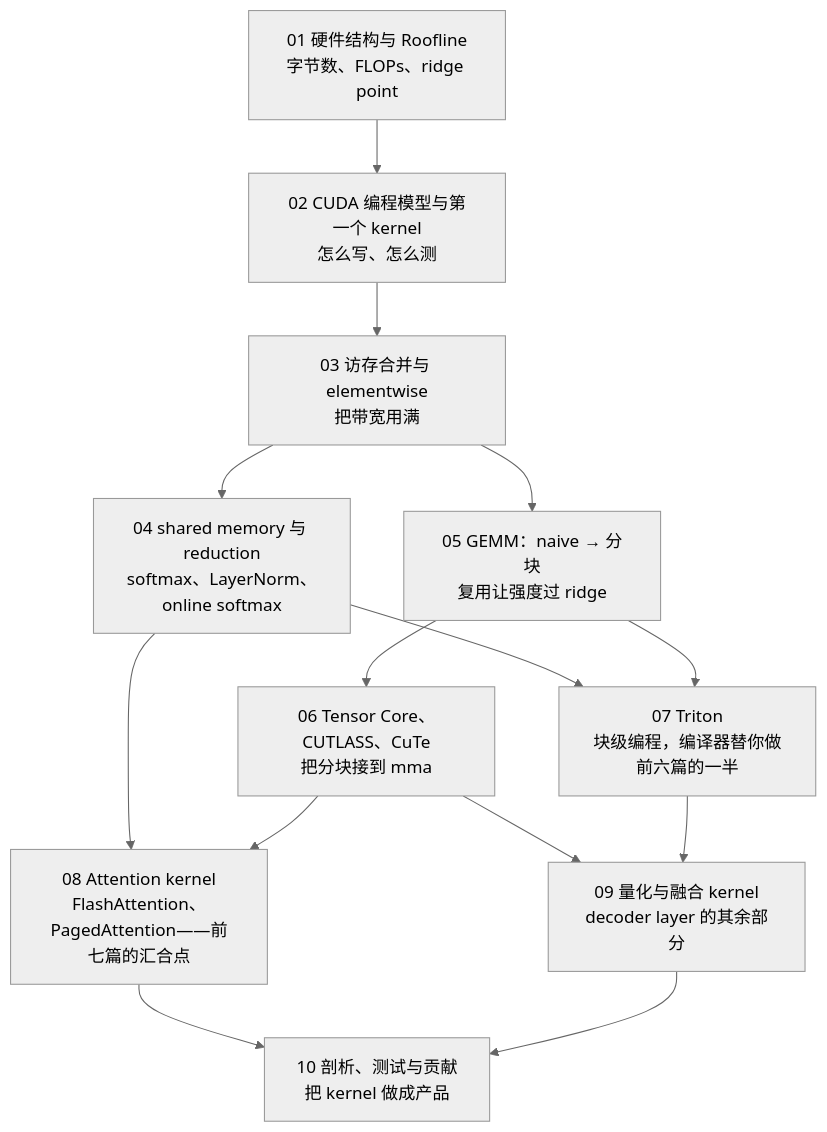
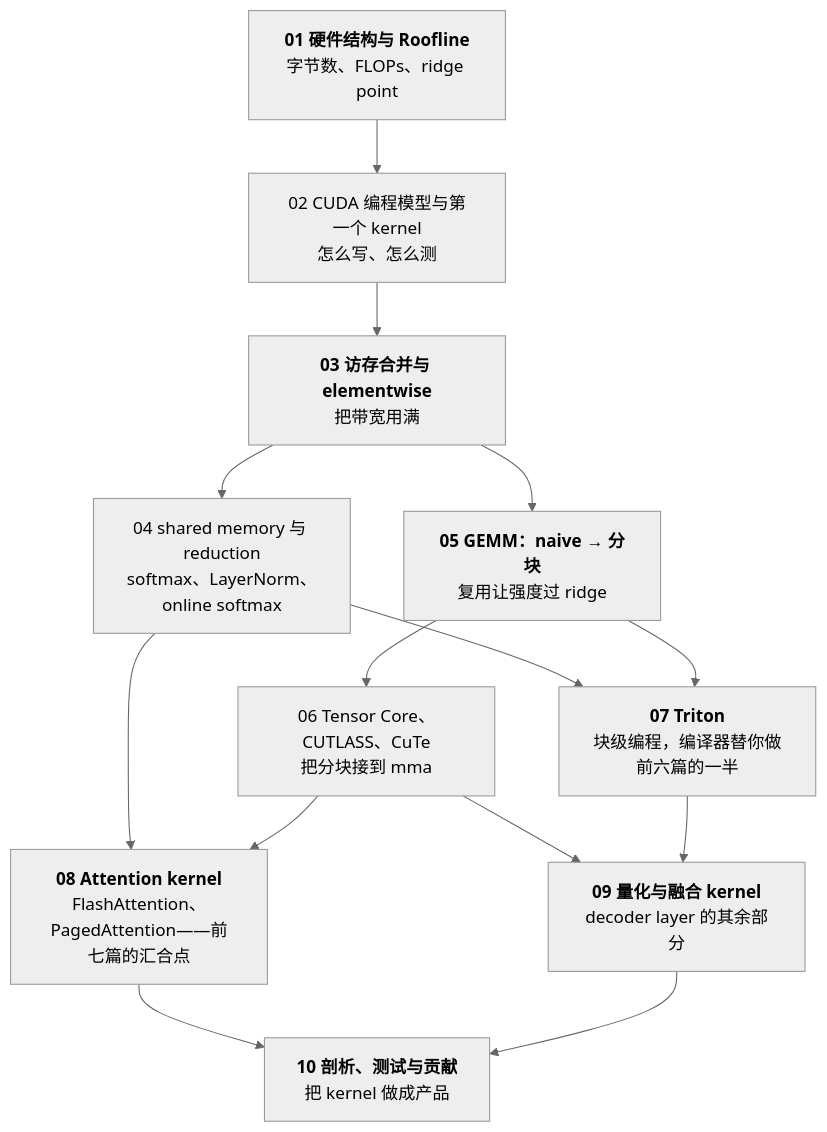
One commit to arganzheng/arganzheng.github.com changed the first of 2 diagrams in _posts/2026-05-20-gpu-kernel-engineering-series-recap-and-self-test.md. Above: the diagram before and after it, drawn with Mermaid (neutral theme). The commit also changed other lines of this file and 10 other files, not shown here.

First line of the commit message:
GPU Kernel 工程：从 CUDA 执行模型到 FlashAttention：Mermaid 多行方框的首行标为标题（11 篇）

````diff
--- a/_posts/2026-05-20-gpu-kernel-engineering-series-recap-and-self-test.md
+++ b/_posts/2026-05-20-gpu-kernel-engineering-series-recap-and-self-test.md
@@ -19,15 +19,15 @@
 ```mermaid
 %%{init: {"flowchart": {"wrappingWidth": 180}}}%%
 %% 图：GPU Kernel 工程全景：先算理论上界，再从 memory-bound 到 compute-bound 逐类 kernel 逼近它
 flowchart TB
-    G1["01 硬件结构与 Roofline<br/>字节数、FLOPs、ridge point"] --> G2["02 CUDA 编程模型与第一个 kernel<br/>怎么写、怎么测"]
-    G2 --> G3["03 访存合并与 elementwise<br/>把带宽用满"]
+    G1["<b>01 硬件结构与 Roofline</b><br/>字节数、FLOPs、ridge point"] --> G2["02 CUDA 编程模型与第一个 kernel<br/>怎么写、怎么测"]
+    G2 --> G3["<b>03 访存合并与 elementwise</b><br/>把带宽用满"]
     G3 --> G4["04 shared memory 与 reduction<br/>softmax、LayerNorm、online softmax"]
-    G3 --> G5["05 GEMM：naive → 分块<br/>复用让强度过 ridge"]
+    G3 --> G5["<b>05 GEMM：naive → 分块</b><br/>复用让强度过 ridge"]
     G5 --> G6["06 Tensor Core、CUTLASS、CuTe<br/>把分块接到 mma"]
-    G4 & G5 --> G7["07 Triton<br/>块级编程，编译器替你做前六篇的一半"]
-    G4 & G6 --> G8["08 Attention kernel<br/>FlashAttention、PagedAttention——前七篇的汇合点"]
-    G6 & G7 --> G9["09 量化与融合 kernel<br/>decoder layer 的其余部分"]
-    G8 & G9 --> G10["10 剖析、测试与贡献<br/>把 kernel 做成产品"]
+    G4 & G5 --> G7["<b>07 Triton</b><br/>块级编程，编译器替你做前六篇的一半"]
+    G4 & G6 --> G8["<b>08 Attention kernel</b><br/>FlashAttention、PagedAttention——前七篇的汇合点"]
+    G6 & G7 --> G9["<b>09 量化与融合 kernel</b><br/>decoder layer 的其余部分"]
+    G8 & G9 --> G10["<b>10 剖析、测试与贡献</b><br/>把 kernel 做成产品"]
 
 ```
````
